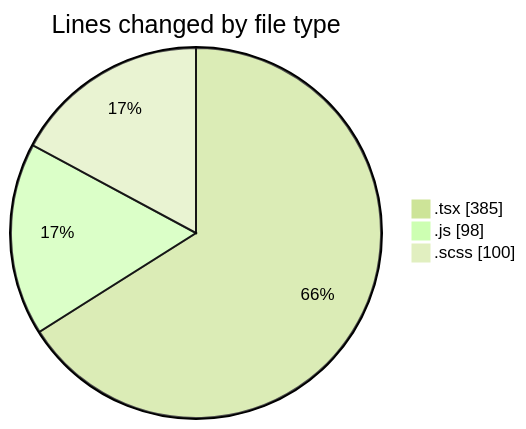
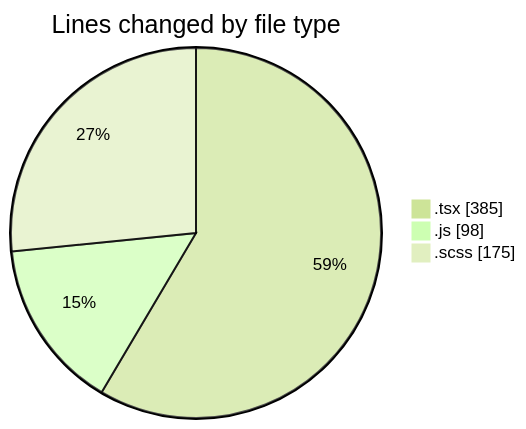
Before and after one commit to momahboobian/code-tracking: the first of 2 diagrams in 2025-03-31/cda/README.md, drawn with Mermaid (forest theme). The commit also changed other lines of this file and 1 other file, not shown here.

````diff
--- a/2025-03-31/cda/README.md
+++ b/2025-03-31/cda/README.md
@@ -25,7 +25,7 @@
 ```mermaid
 pie showData
 title Lines changed by file type
 ".tsx" : 385
 ".js" : 98
-".scss" : 100
+".scss" : 175
 ```
````
